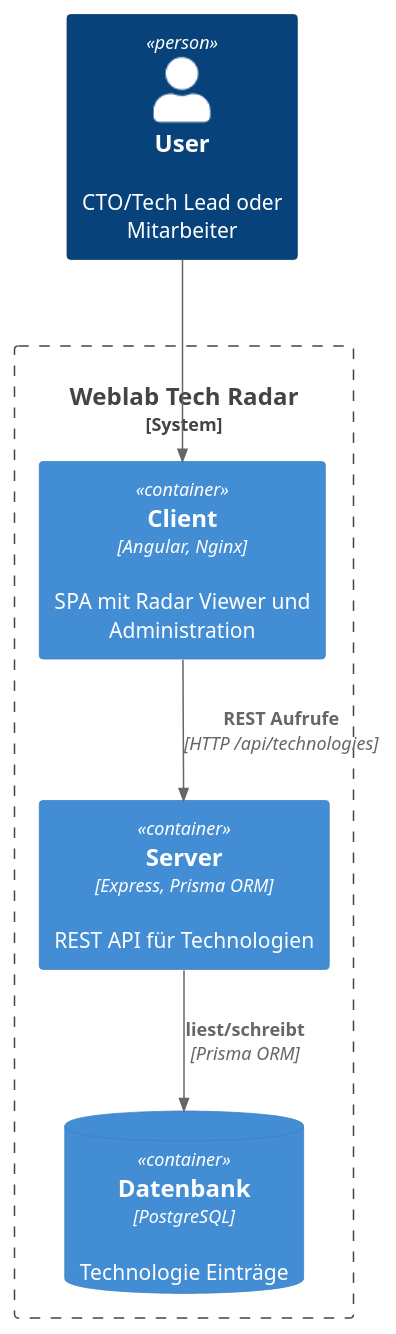
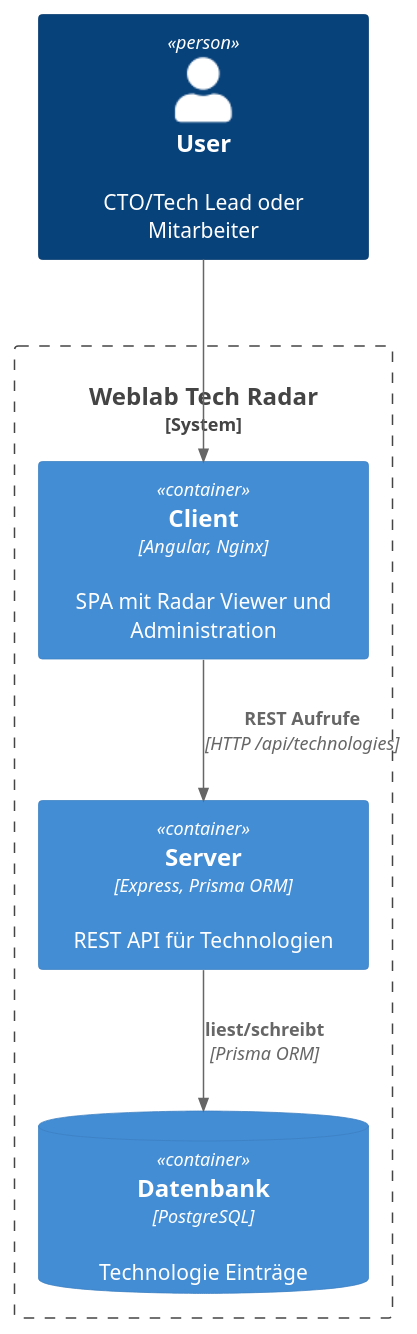
The first of 3 diagrams in doc/src/05_building_block_view.adoc (MBaetti/weblab-tech-radar), drawn with PlantUML before and after one commit. The commit also changed 7 other files, not shown here.

```diff
--- a/doc/src/05_building_block_view.adoc
+++ b/doc/src/05_building_block_view.adoc
@@ -8,19 +8,22 @@
 [plantuml, target=level1-container, format=png]
 ----
 @startuml
 !include <C4/C4_Container>
+<style>
+    element {MinimumWidth 200}
+</style>
 
 Person(user, "User", "CTO/Tech Lead oder Mitarbeiter")
 
 System_Boundary(system, "Weblab Tech Radar") {
   Container(client, "Client", "Angular, Nginx", "SPA mit Radar Viewer und Administration")
   Container(server, "Server", "Express, Prisma ORM", "REST API für Technologien")
   ContainerDb(db, "Datenbank", "PostgreSQL", "Technologie Einträge")
 }
 
 Rel(user, client, "", "")
 Rel(client, server, "REST Aufrufe", "HTTP /api/technologies")
 Rel(server, db, "liest/schreibt", "Prisma ORM")
 
 @enduml
 ----
```
